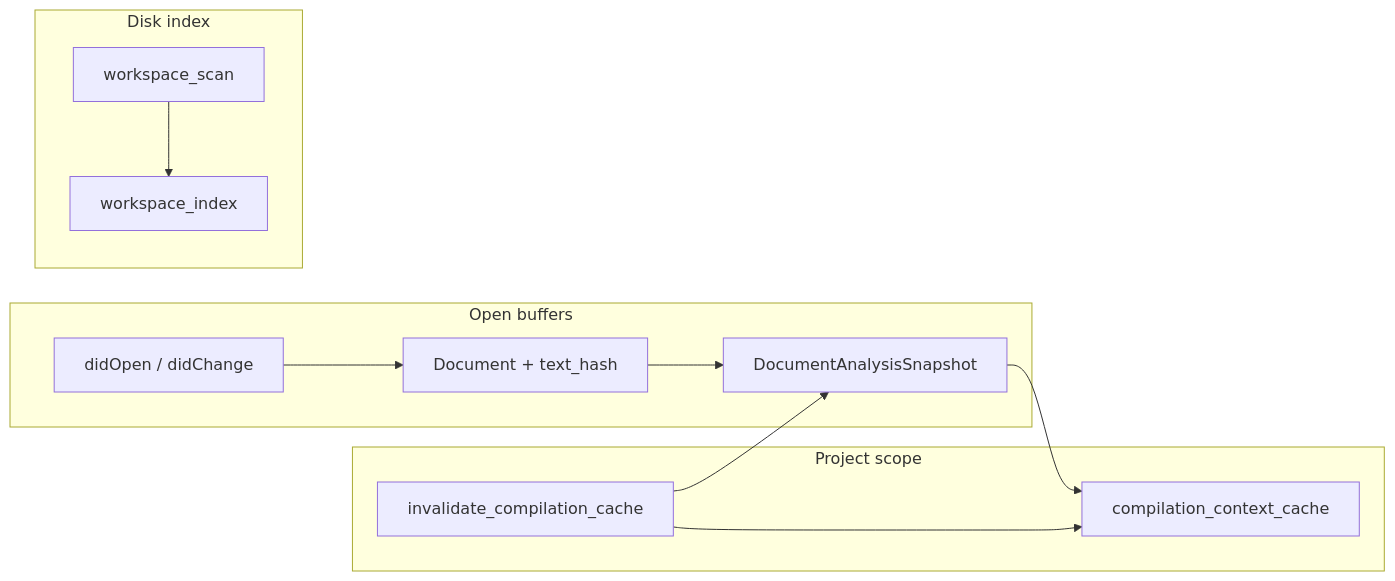
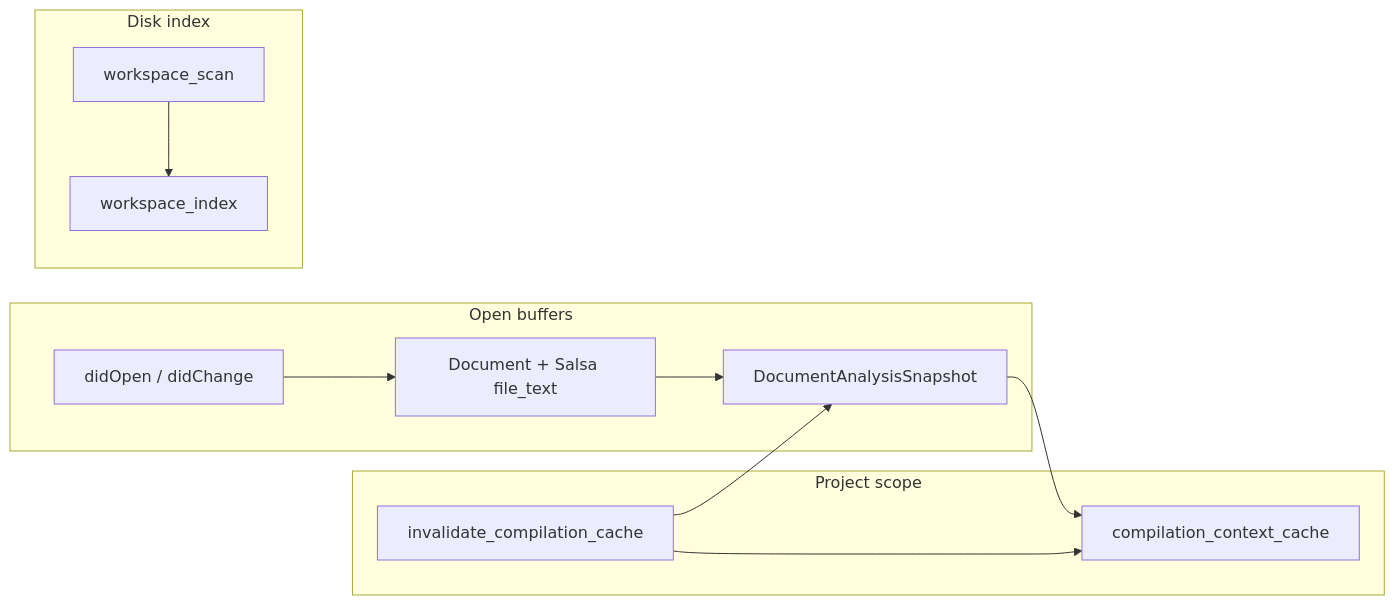
The diagram in site/website/src/content/docs/platform-spec/tooling/lsp/snapshot-and-refresh-contract/design-model.mdx (Cyber-Nomad-Collective/beskid), drawn with Mermaid before and after one commit. The commit also changed other lines of this file and 95 other files, not shown here.

````diff
--- a/site/website/src/content/docs/platform-spec/tooling/lsp/snapshot-and-refresh-contract/design-model.mdx
+++ b/site/website/src/content/docs/platform-spec/tooling/lsp/snapshot-and-refresh-contract/design-model.mdx
@@ -39,21 +43,21 @@
 ```mermaid
 flowchart LR
   subgraph open [Open buffers]
     DidOpen[didOpen / didChange]
-    Doc[Document + text_hash]
+    Doc[Document + Salsa file_text]
     Snap[DocumentAnalysisSnapshot]
     DidOpen --> Doc --> Snap
   end
   subgraph disk [Disk index]
     Scan[workspace_scan]
     Idx[workspace_index]
     Scan --> Idx
   end
   subgraph project [Project scope]
     Ctx[compilation_context_cache]
     Inv[invalidate_compilation_cache]
   end
   Snap --> Ctx
   Inv --> Ctx
   Inv --> Snap
 ```
````
